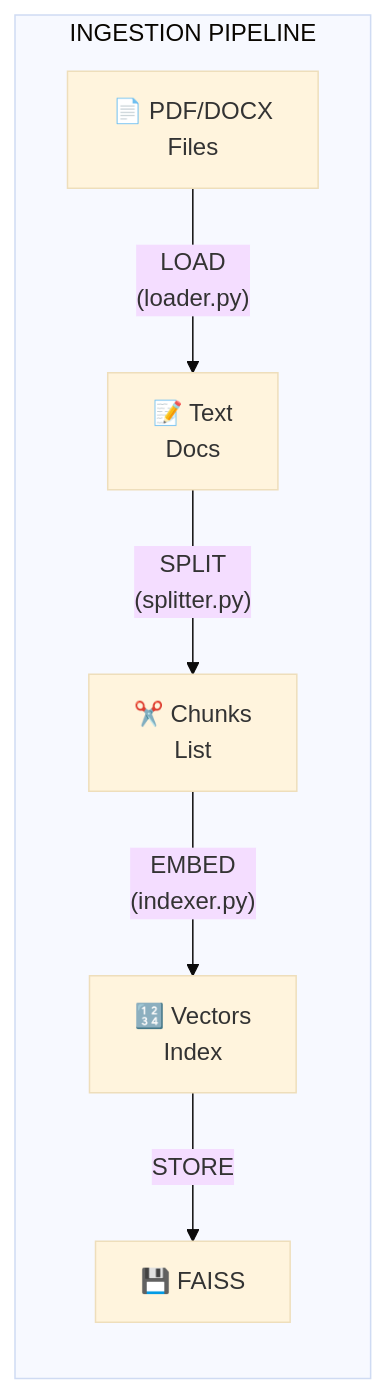
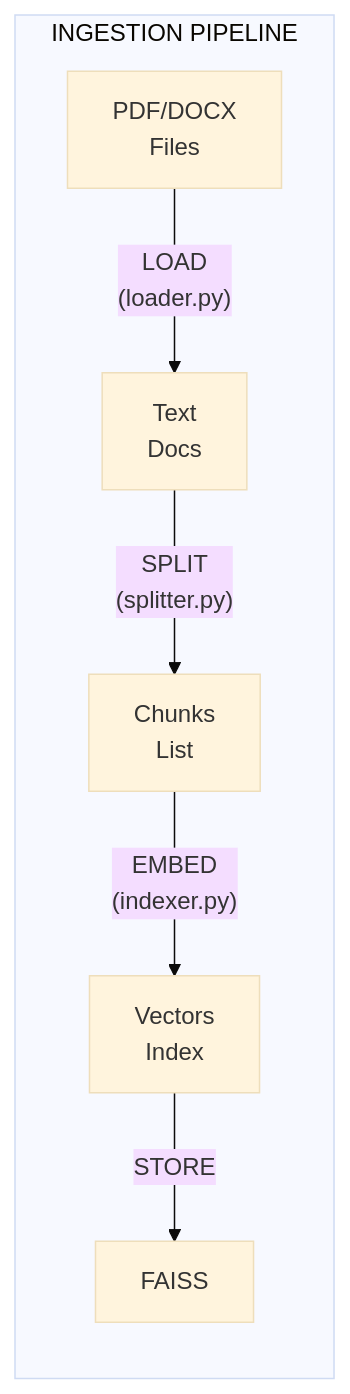
Before and after one commit to doananhhung/chat-bot-law: the first of 5 diagrams in presentation_slides/pages/member2.md, drawn with Mermaid (base theme). The commit also changed other lines of this file and 9 other files, not shown here.

````diff
--- a/presentation_slides/pages/member2.md
+++ b/presentation_slides/pages/member2.md
@@ -16,14 +16,14 @@
 ```mermaid
 flowchart LR
     subgraph INGESTION["INGESTION PIPELINE"]
-        A["📄 PDF/DOCX<br/>Files"]
-        B["📝 Text<br/>Docs"]
-        C["✂️ Chunks<br/>List"]
-        D["🔢 Vectors<br/>Index"]
+        A[" PDF/DOCX<br/>Files"]
+        B[" Text<br/>Docs"]
+        C[" Chunks<br/>List"]
+        D[" Vectors<br/>Index"]
         
         A -->|"LOAD<br/>(loader.py)"| B
         B -->|"SPLIT<br/>(splitter.py)"| C
         C -->|"EMBED<br/>(indexer.py)"| D
-        D -->|"STORE"| E["💾 FAISS"]
+        D -->|"STORE"| E["FAISS"]
     end
 ```
````
